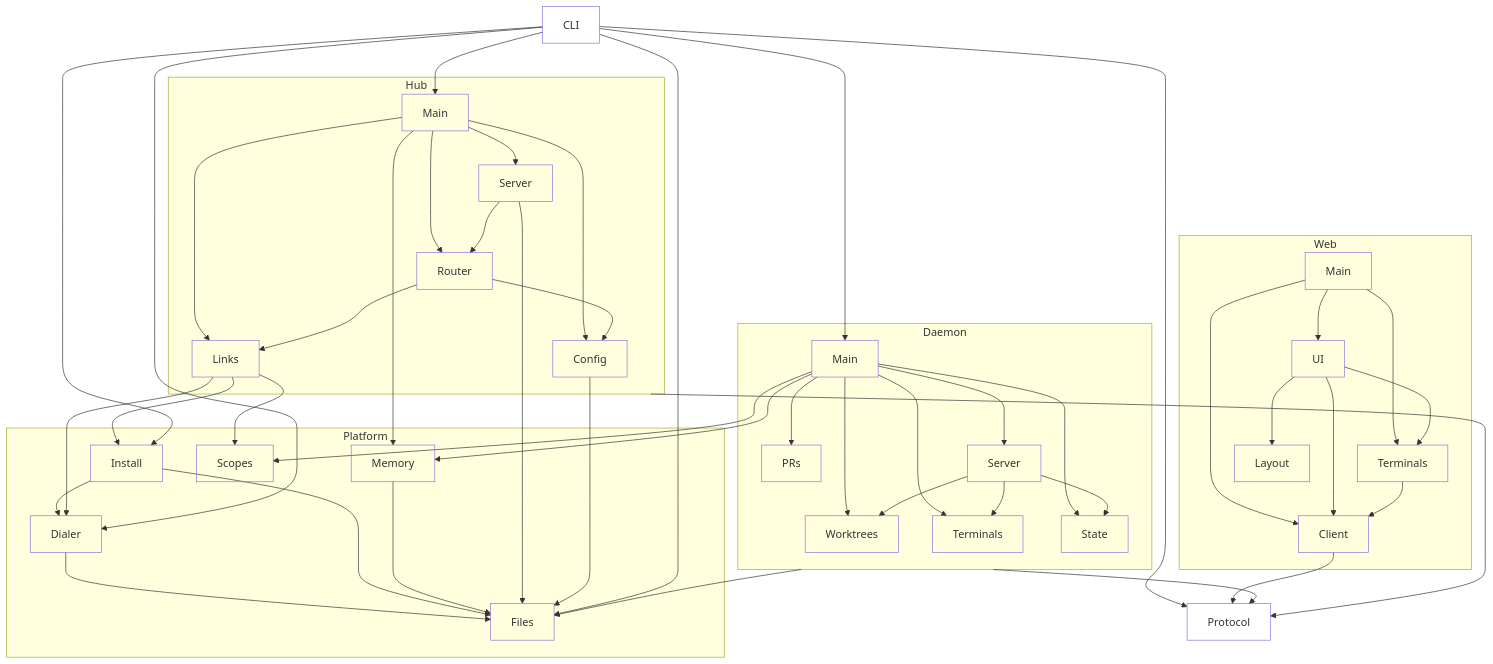
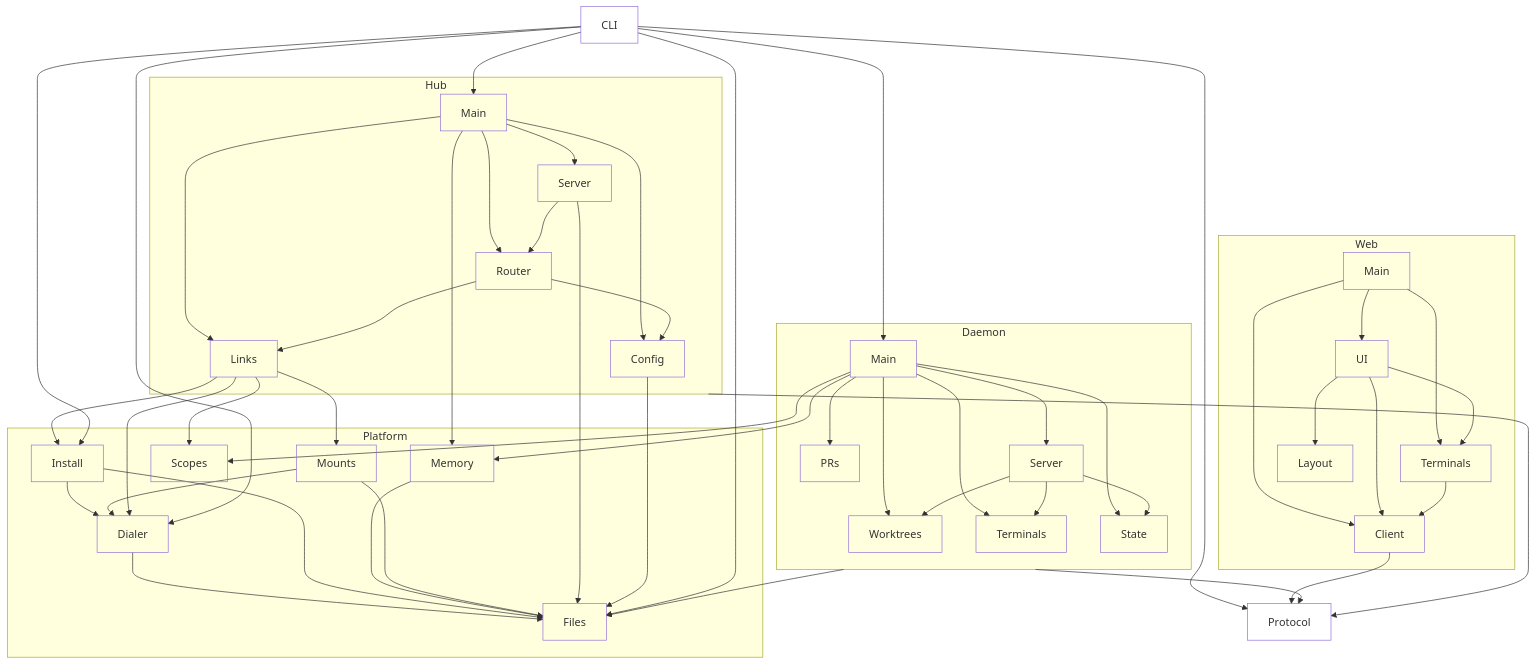
One commit to MotleyAI/worktree-term changed the diagram in architecture/system.arc42.md. Above: the diagram before and after it, drawn with Mermaid. The commit also changed 55 other files, not shown here.

Commit message:
Group repo tabs by origin across hosts, name the page's hub on its button, and open remote worktrees in the editor through hub-owned sshfs mounts

````diff
--- a/architecture/system.arc42.md
+++ b/architecture/system.arc42.md
@@ -19,6 +19,7 @@
     platform__install["Install"]
     platform__memory["Memory"]
     platform__scopes["Scopes"]
+    platform__mounts["Mounts"]
   end
   subgraph daemon["Daemon"]
     daemon__worktrees["Worktrees"]
@@ -47,6 +48,8 @@
   platform__install --> platform__files
   platform__install --> platform__dialer
   platform__memory --> platform__files
+  platform__mounts --> platform__files
+  platform__mounts --> platform__dialer
   daemon --> protocol
   daemon --> platform__files
   daemon__main --> daemon__server
@@ -65,6 +68,7 @@
   hub__links --> platform__dialer
   hub__links --> platform__install
   hub__links --> platform__scopes
+  hub__links --> platform__mounts
   hub__main --> hub__server
   hub__main --> hub__router
   hub__main --> hub__links
@@ -88,5 +92,5 @@
   web__ui --> web__layout
   web__terminals --> web__client
   classDef leaf fill:none;
-  class protocol,platform__files,platform__dialer,platform__install,platform__memory,platform__scopes,daemon__worktrees,daemon__terminals,daemon__state,daemon__prs,daemon__server,daemon__main,hub__server,hub__links,hub__config,hub__router,hub__main,cli,web__client,web__terminals,web__layout,web__ui,web__main leaf;
+  class protocol,platform__files,platform__dialer,platform__install,platform__memory,platform__scopes,platform__mounts,daemon__worktrees,daemon__terminals,daemon__state,daemon__prs,daemon__server,daemon__main,hub__server,hub__links,hub__config,hub__router,hub__main,cli,web__client,web__terminals,web__layout,web__ui,web__main leaf;
 ```
````
